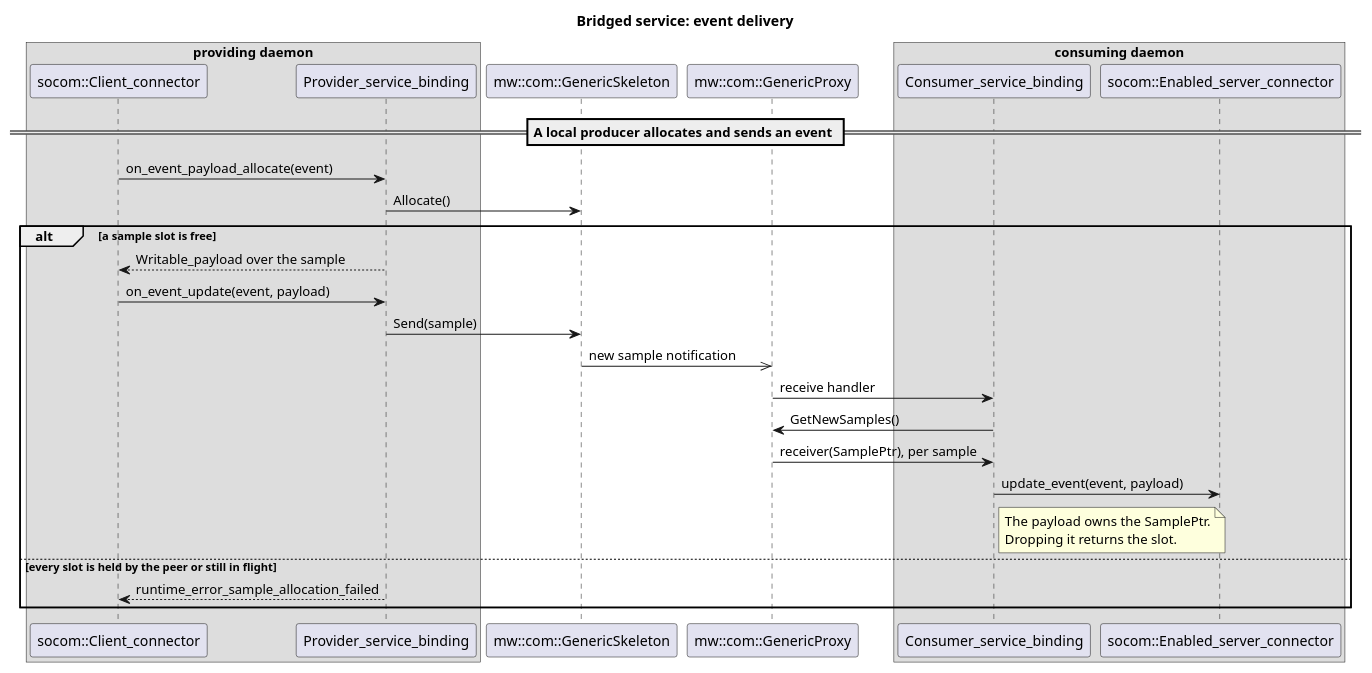
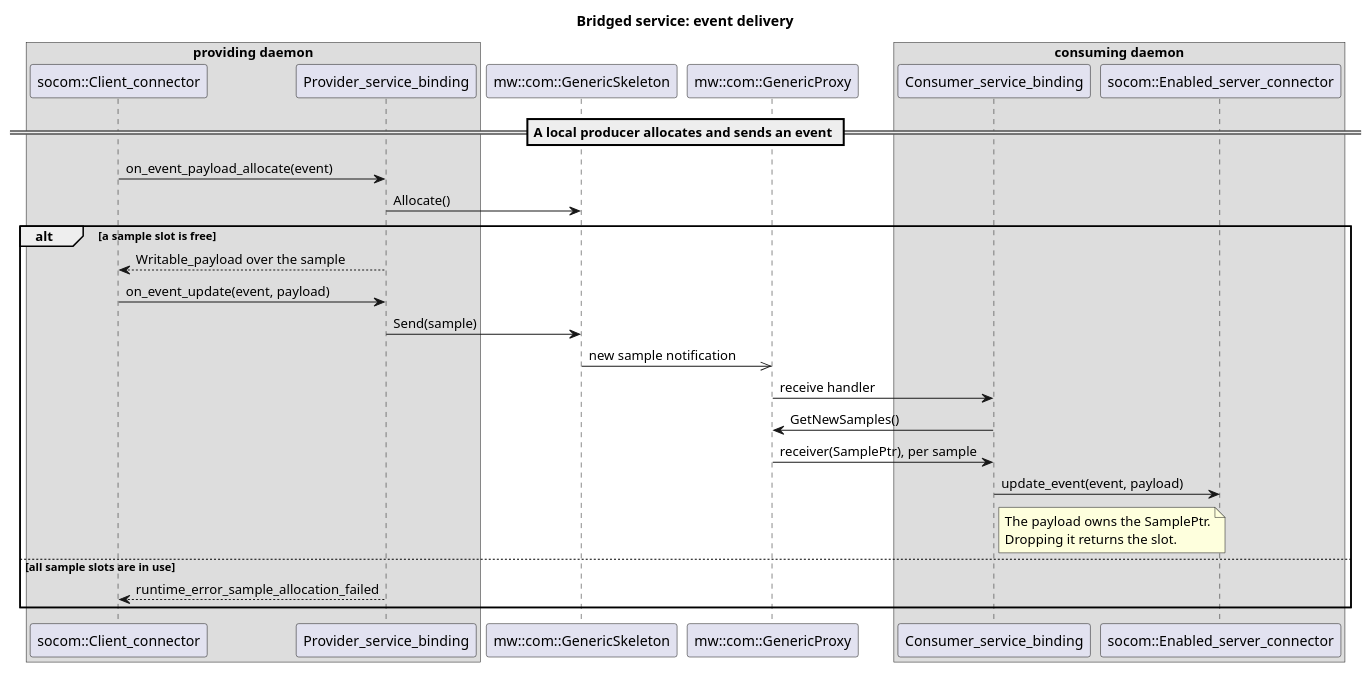
Before and after one commit to eclipse-score/inc_someip_gateway: the diagram in score/gateway_ipc_binding/docs/models/mw_com_event_flow.puml, drawn with PlantUML. The commit also changed 6 other files, not shown here.

```diff
--- a/score/gateway_ipc_binding/docs/models/mw_com_event_flow.puml
+++ b/score/gateway_ipc_binding/docs/models/mw_com_event_flow.puml
@@ -14,31 +14,31 @@
 @startuml mw_com_event_flow
 title Bridged service: event delivery
 
 box "providing daemon"
 participant "socom::Client_connector" as client_connector
 participant "Provider_service_binding" as provider
 end box
 participant "mw::com::GenericSkeleton" as skeleton
 participant "mw::com::GenericProxy" as proxy
 box "consuming daemon"
 participant "Consumer_service_binding" as consumer
 participant "socom::Enabled_server_connector" as server_connector
 end box
 
 == A local producer allocates and sends an event ==
 client_connector -> provider : on_event_payload_allocate(event)
 provider -> skeleton : Allocate()
 alt a sample slot is free
   provider --> client_connector : Writable_payload over the sample
   client_connector -> provider : on_event_update(event, payload)
   provider -> skeleton : Send(sample)
   skeleton ->> proxy : new sample notification
   proxy -> consumer : receive handler
   consumer -> proxy : GetNewSamples()
   proxy -> consumer : receiver(SamplePtr), per sample
   consumer -> server_connector : update_event(event, payload)
   note right of consumer : The payload owns the SamplePtr.\nDropping it returns the slot.
-else every slot is held by the peer or still in flight
+else all sample slots are in use
   provider --> client_connector : runtime_error_sample_allocation_failed
 end
 @enduml
```
